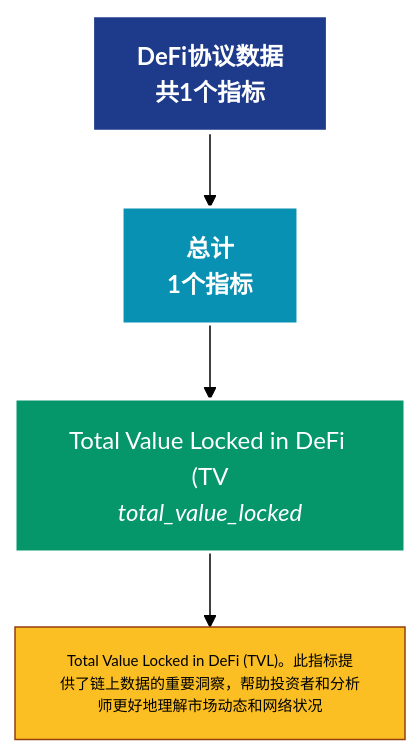
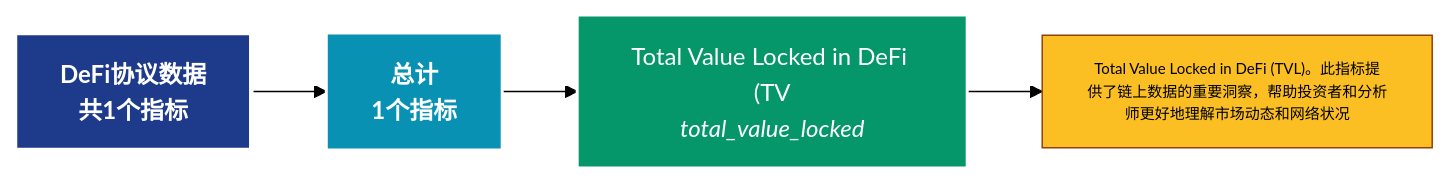
Before and after one commit to arwooy/glassnode_analysis: the diagram in glassnode_api_docs/defi.md, drawn with Mermaid (forest theme). The commit also changed 21 other files, not shown here.

First line of the commit message:
更新Mermaid图表布局为从左到右

````diff
--- a/glassnode_api_docs/defi.md
+++ b/glassnode_api_docs/defi.md
@@ -17,18 +17,18 @@
 ```mermaid
-graph TD
+graph LR
     A["DeFi协议数据<br/>共1个指标"]
     A:::mainNode
     
     A --> B1["总计<br/>1个指标"]
     B1:::categoryNode
     B1 --> C1_1["Total Value Locked in DeFi (TV<br/><i>total_value_locked</i>"]
     C1_1:::metricNode
     C1_1 --> D1_1["Total Value Locked in DeFi (TVL)。此指标提供了链上数据的重要洞察，帮助投资者和分析师更好地理解市场动态和网络状况"]
     D1_1:::descNode
     
     %% 高对比度样式
     classDef mainNode fill:#1e3a8a,stroke:#ffffff,stroke-width:3px,color:#ffffff,font-weight:bold
     classDef categoryNode fill:#0891b2,stroke:#ffffff,stroke-width:2px,color:#ffffff,font-weight:bold
     classDef metricNode fill:#059669,stroke:#ffffff,stroke-width:2px,color:#ffffff
     classDef descNode fill:#fbbf24,stroke:#92400e,stroke-width:1px,color:#000000,font-size:10px
 ```
````
